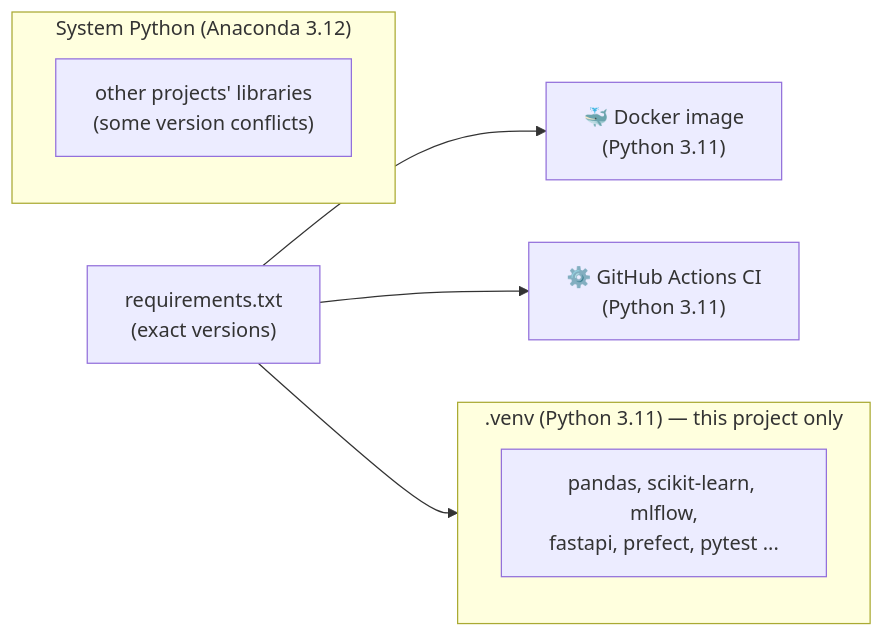
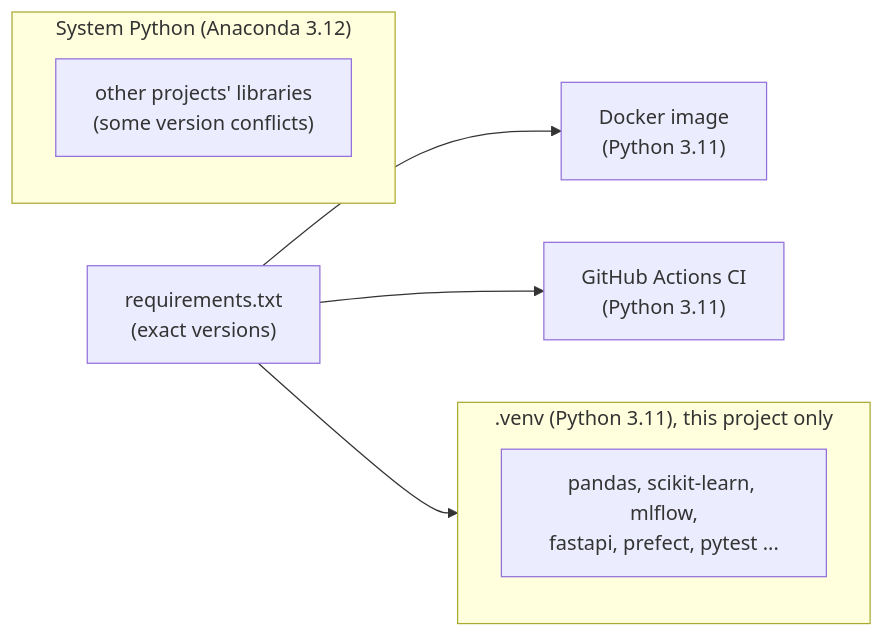
One commit to shikharkumar13/-NYC-Airbnb-Price-Prediction-MLOps changed the second of 16 diagrams in implementation.md. Above: the diagram before and after it, drawn with Mermaid. The commit also changed other lines of this file and 1 other file, not shown here.

````diff
--- a/implementation.md
+++ b/implementation.md
@@ -97,12 +97,12 @@
 ```mermaid
 flowchart LR
     subgraph sys ["System Python (Anaconda 3.12)"]
         S["other projects' libraries\n(some version conflicts)"]
     end
-    subgraph venv [".venv (Python 3.11) — this project only"]
+    subgraph venv [".venv (Python 3.11), this project only"]
         V["pandas, scikit-learn, mlflow,\nfastapi, prefect, pytest ..."]
     end
     R["requirements.txt\n(exact versions)"] --> venv
-    R --> D["🐳 Docker image\n(Python 3.11)"]
-    R --> C["⚙️ GitHub Actions CI\n(Python 3.11)"]
+    R --> D["Docker image\n(Python 3.11)"]
+    R --> C["GitHub Actions CI\n(Python 3.11)"]
 ```
````
